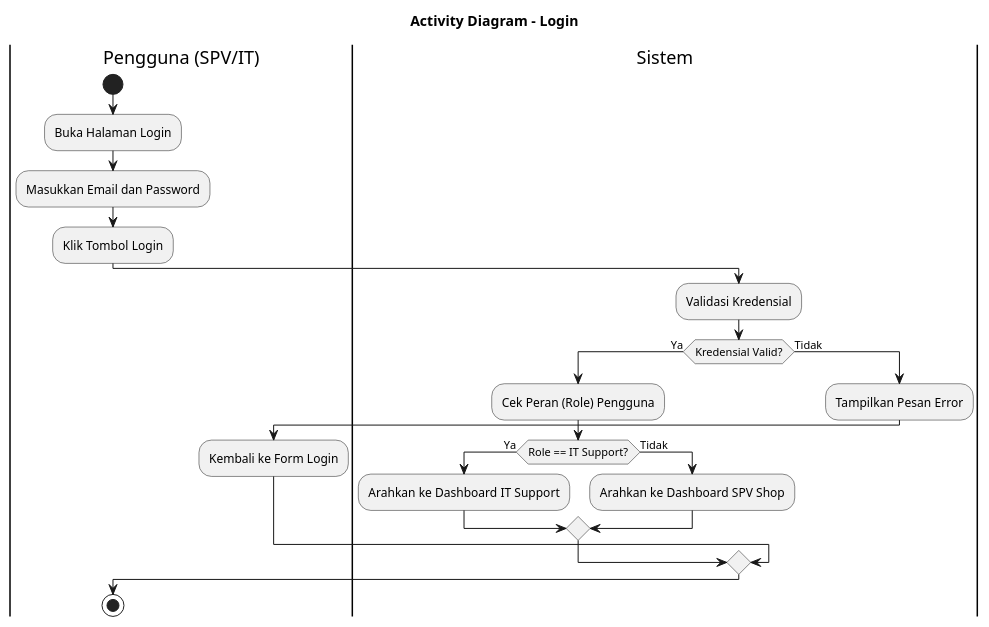
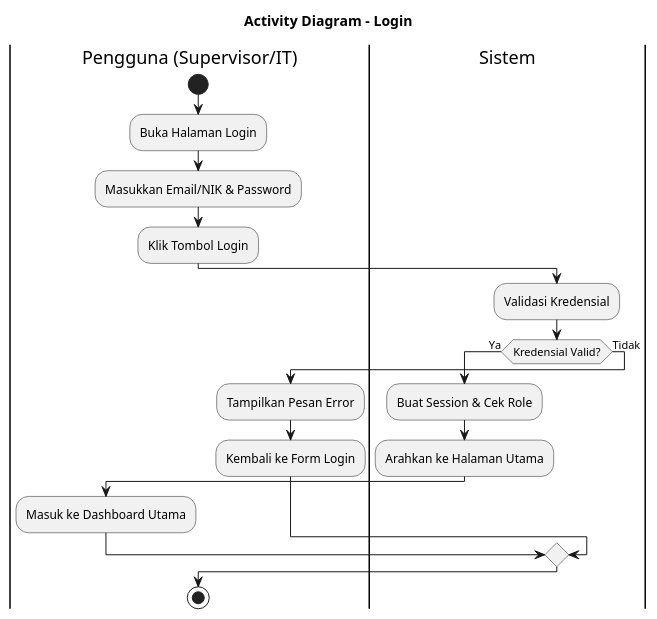
Before and after one commit to mrahmatfadila/bissmillah-skripsi-web: the first of 14 diagrams in docs/activity-diagrams.puml, drawn with PlantUML. The commit also changed other lines of this file and 62 other files, not shown here.

```diff
--- a/docs/activity-diagrams.puml
+++ b/docs/activity-diagrams.puml
@@ -1,23 +1,21 @@
 @startuml activity_login
 title Activity Diagram - Login
-|Pengguna (SPV/IT)|
+|Pengguna (Supervisor/IT)|
 start
 :Buka Halaman Login;
-:Masukkan Email dan Password;
+:Masukkan Email/NIK & Password;
 :Klik Tombol Login;
 |Sistem|
 :Validasi Kredensial;
 if (Kredensial Valid?) then (Ya)
-  :Cek Peran (Role) Pengguna;
-  if (Role == IT Support?) then (Ya)
-    :Arahkan ke Dashboard IT Support;
-  else (Tidak)
-    :Arahkan ke Dashboard SPV Shop;
-  endif
+  :Buat Session & Cek Role;
+  :Arahkan ke Halaman Utama;
+  |Pengguna (Supervisor/IT)|
+  :Masuk ke Dashboard Utama;
 else (Tidak)
   :Tampilkan Pesan Error;
-  |Pengguna (SPV/IT)|
+  |Pengguna (Supervisor/IT)|
   :Kembali ke Form Login;
 endif
 stop
 @enduml
```
